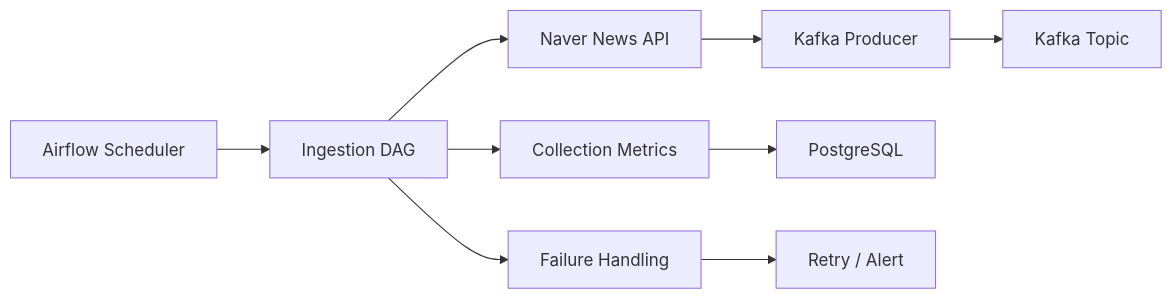
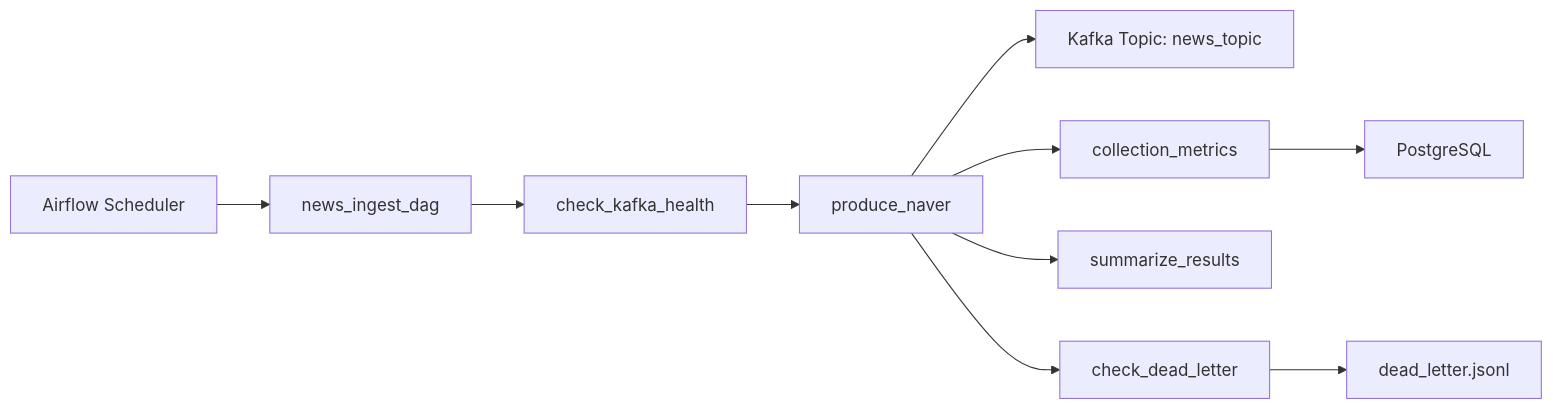
Before and after one commit to yeongmin-yu/news-trend-pipeline-dev: the first of 2 diagrams in docs/develop/Q3_AIRFLOW_DAG.md, drawn with Mermaid. The commit also changed other lines of this file, not shown here.

Commit message:
docs: align Q3 Airflow DAG structure with implementation

````diff
--- a/docs/develop/Q3_AIRFLOW_DAG.md
+++ b/docs/develop/Q3_AIRFLOW_DAG.md
@@ -18,13 +19,12 @@
 ```mermaid
 flowchart LR
-    A[Airflow Scheduler] --> B[Ingestion DAG]
-    B --> C[Naver News API]
-    C --> D[Kafka Producer]
-    D --> E[Kafka Topic]
-
-    B --> F[Collection Metrics]
+    A[Airflow Scheduler] --> B[news_ingest_dag]
+    B --> C[check_kafka_health]
+    C --> D[produce_naver]
+    D --> E[Kafka Topic: news_topic]
+    D --> F[collection_metrics]
     F --> G[PostgreSQL]
-
-    B --> H[Failure Handling]
-    H --> I[Retry / Alert]
+    D --> H[summarize_results]
+    D --> I[check_dead_letter]
+    I --> J[dead_letter.jsonl]
 ```
````
